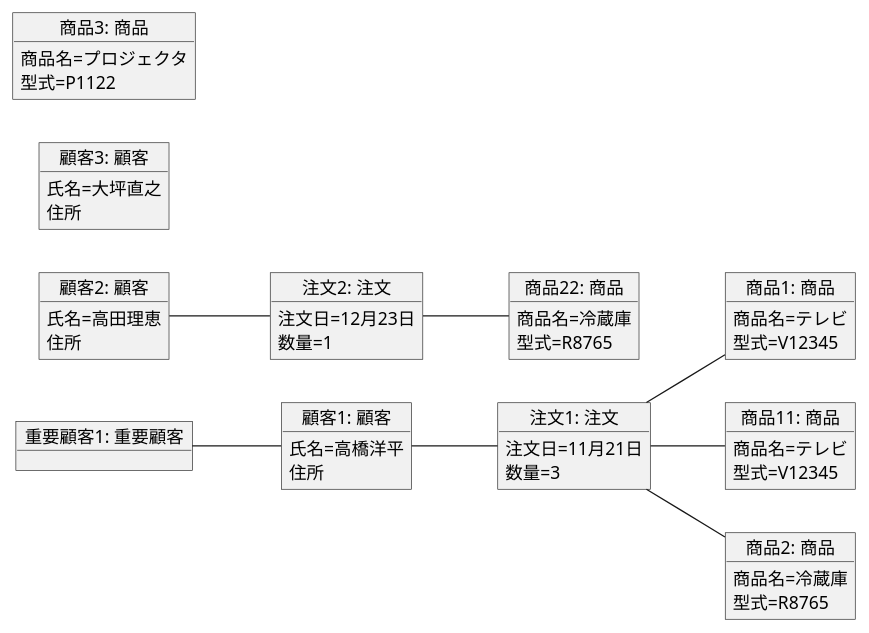
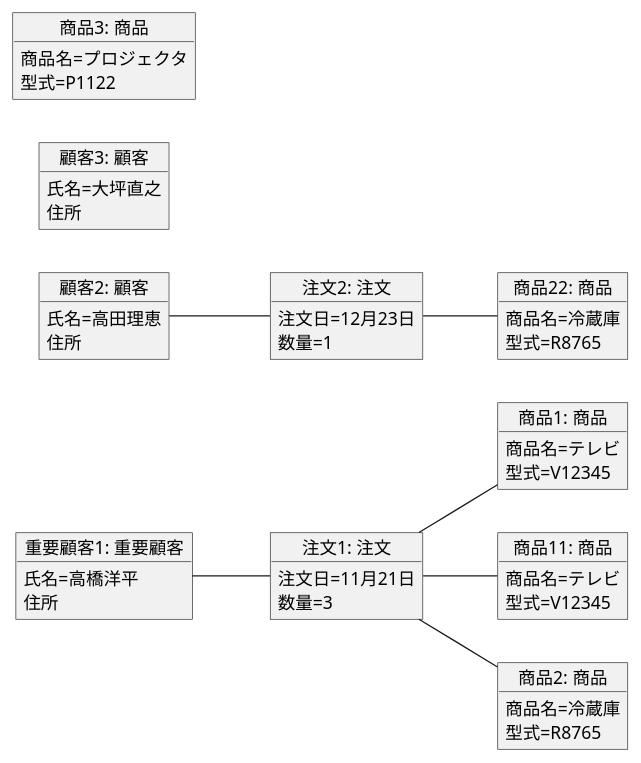
One commit to koha0516/uml-introduction changed the diagram in 演習3-7_OBJ_注文のオブジェクト図.pu. Above: the diagram before and after it, drawn with PlantUML.

```diff
--- a/演習3-7_OBJ_注文のオブジェクト図.pu
+++ b/演習3-7_OBJ_注文のオブジェクト図.pu
@@ -1,54 +1,51 @@
 @startuml
 left to right direction
-object "顧客1: 顧客" as c1 {
+object "重要顧客1: 重要顧客" as ic1 {
 氏名=高橋洋平
 住所
-}
-object "重要顧客1: 重要顧客" as ic1 {
 }
 object "顧客2: 顧客" as c2 {
 氏名=高田理恵
 住所
 }
 object "顧客3: 顧客" as c3 {
 氏名=大坪直之
 住所
 }
 object "注文1: 注文" as o1 {
 注文日=11月21日
 数量=3
 }
 object "注文2: 注文" as o2 {
 注文日=12月23日
 数量=1
 }
 object "商品1: 商品" as p1 {
 商品名=テレビ
 型式=V12345
 }
 object "商品11: 商品" as p11 {
 商品名=テレビ
 型式=V12345
 }
 object "商品2: 商品" as p2 {
 商品名=冷蔵庫
 型式=R8765
 }
 object "商品22: 商品" as p22 {
 商品名=冷蔵庫
 型式=R8765
 }
 object "商品3: 商品" as p3 {
 商品名=プロジェクタ
 型式=P1122
 }
-c1 -- o1
+ic1 -- o1
 c2 -- o2
 o1 -- p1
 o1 -- p11
 o1 -- p2
 o2 -- p22
 
-ic1 -- c1
 
 @enduml
```
